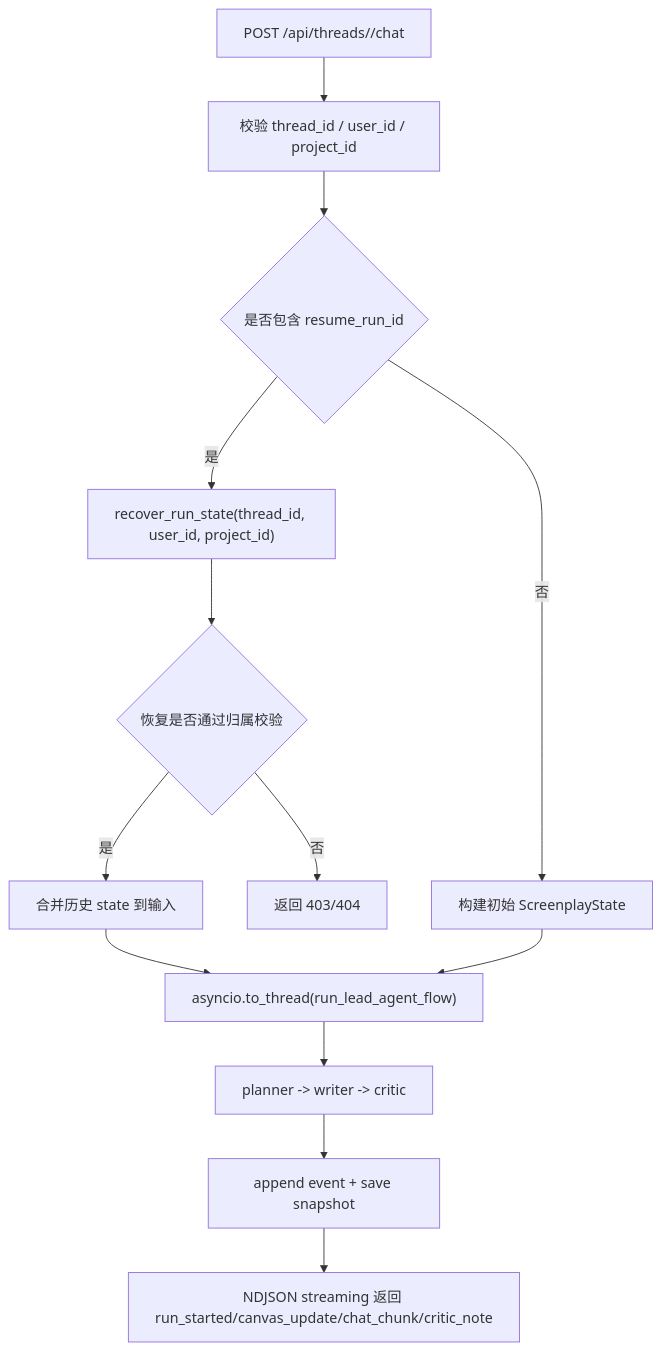
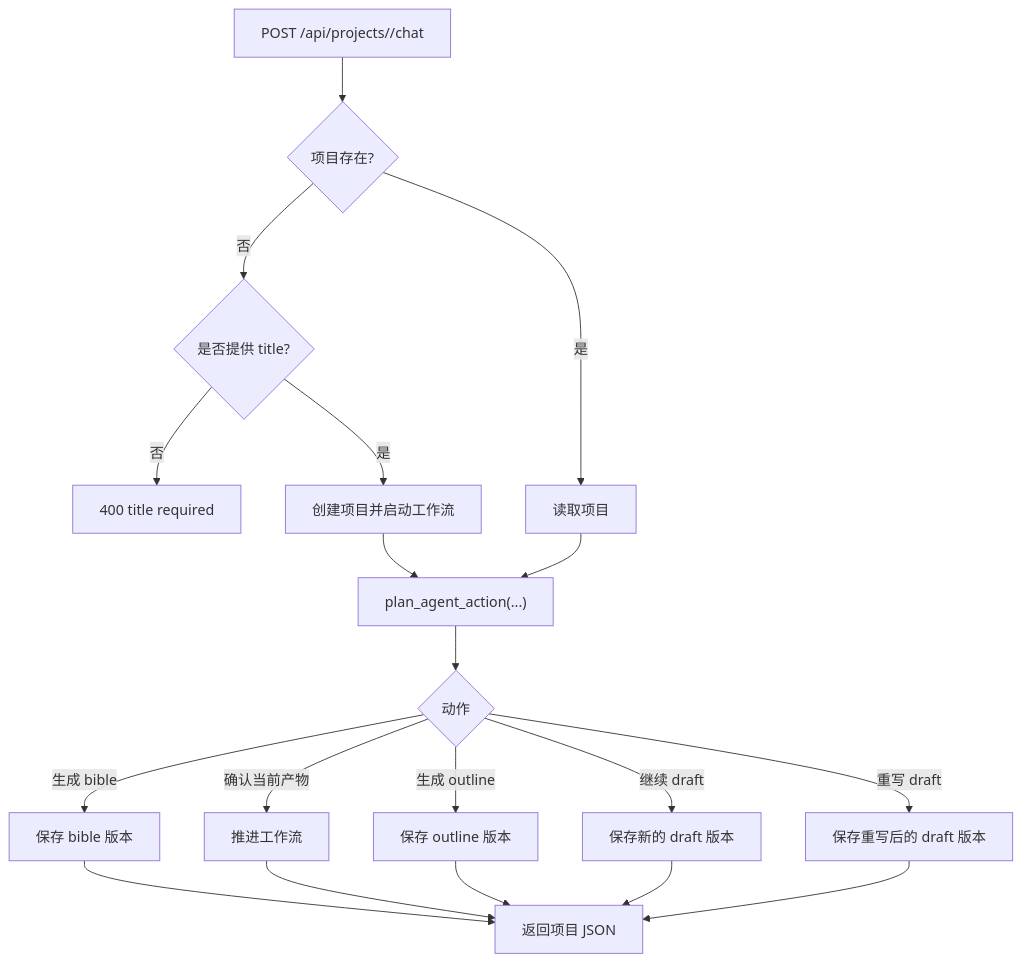
The second of 3 diagrams in docs/zh/architecture.md (isWangjianhua/ScriptWriter), drawn with Mermaid before and after one commit. The commit also changed other lines of this file and 13 other files, not shown here.

Commit message:
docs: Update documentation to reflect the new project-centric architecture and workflow.

````diff
--- a/docs/zh/architecture.md
+++ b/docs/zh/architecture.md
@@ -84,15 +72,21 @@
 ```mermaid
 flowchart TD
-    A["POST /api/threads/<thread_id>/chat"] --> B["校验 thread_id / user_id / project_id"]
-    B --> C{"是否包含 resume_run_id"}
-    C -- 否 --> D["构建初始 ScreenplayState"]
-    C -- 是 --> E["recover_run_state(thread_id, user_id, project_id)"]
-    E --> F{"恢复是否通过归属校验"}
-    F -- 否 --> X["返回 403/404"]
-    F -- 是 --> G["合并历史 state 到输入"]
-    G --> H["asyncio.to_thread(run_lead_agent_flow)"]
-    D --> H
-    H --> I["planner -> writer -> critic"]
-    I --> J["append event + save snapshot"]
-    J --> K["NDJSON streaming 返回 run_started/canvas_update/chat_chunk/critic_note"]
+    A["POST /api/projects/<project_id>/chat"] --> B{"项目存在?"}
+    B -- 否 --> C{"是否提供 title?"}
+    C -- 否 --> X["400 title required"]
+    C -- 是 --> D["创建项目并启动工作流"]
+    B -- 是 --> E["读取项目"]
+    D --> F["plan_agent_action(...)"]
+    E --> F
+    F --> G{"动作"}
+    G -->|生成 bible| H["保存 bible 版本"]
+    G -->|确认当前产物| I["推进工作流"]
+    G -->|生成 outline| J["保存 outline 版本"]
+    G -->|继续 draft| K["保存新的 draft 版本"]
+    G -->|重写 draft| L["保存重写后的 draft 版本"]
+    H --> M["返回项目 JSON"]
+    I --> M
+    J --> M
+    K --> M
+    L --> M
 ```
````
